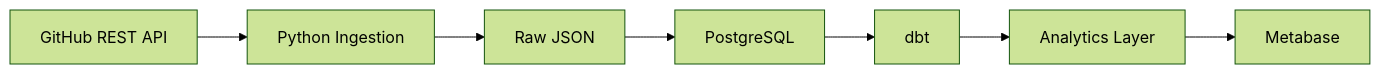
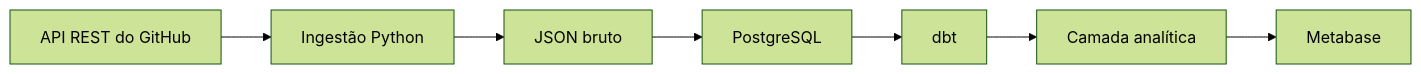
Before and after one commit to leopaulaferreira/gitlog: the diagram in README.md, drawn with Mermaid (forest theme). The commit also changed other lines of this file and 4 other files, not shown here.

````diff
--- a/README.md
+++ b/README.md
@@ -20,9 +20,9 @@
 ```mermaid
 flowchart LR
-    A[GitHub REST API] --> B[Python Ingestion]
-    B --> C[Raw JSON]
+    A[API REST do GitHub] --> B[Ingestão Python]
+    B --> C[JSON bruto]
     C --> D[PostgreSQL]
     D --> E[dbt]
-    E --> F[Analytics Layer]
+    E --> F[Camada analítica]
     F --> G[Metabase]
 ```
````
